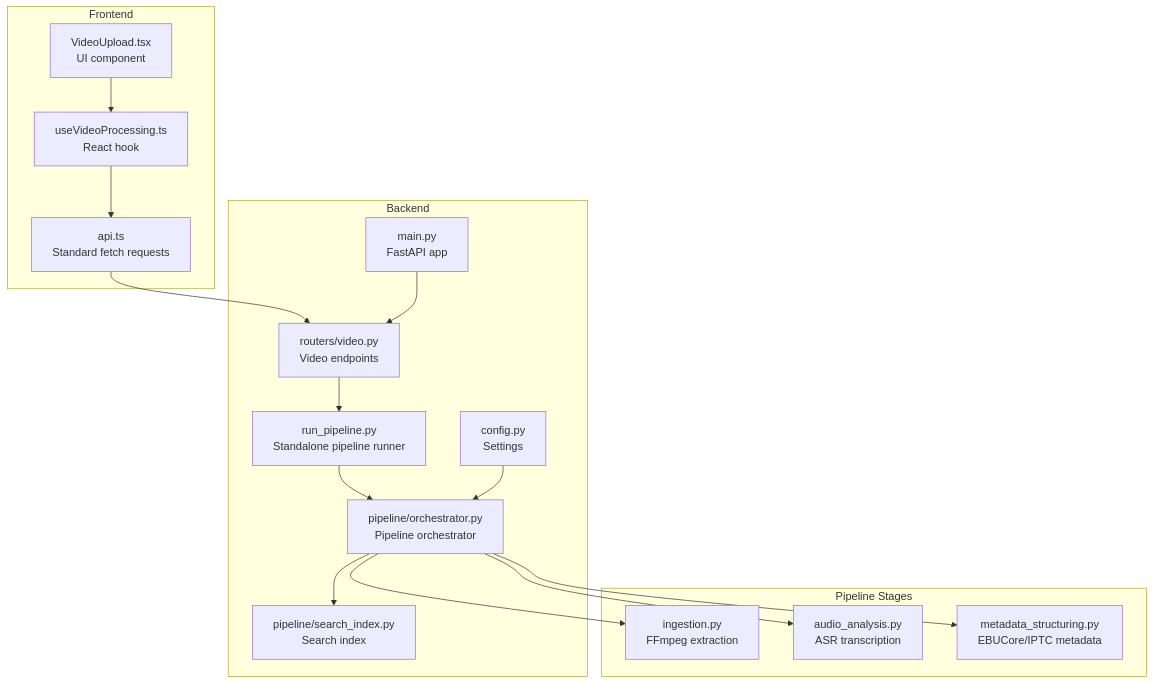
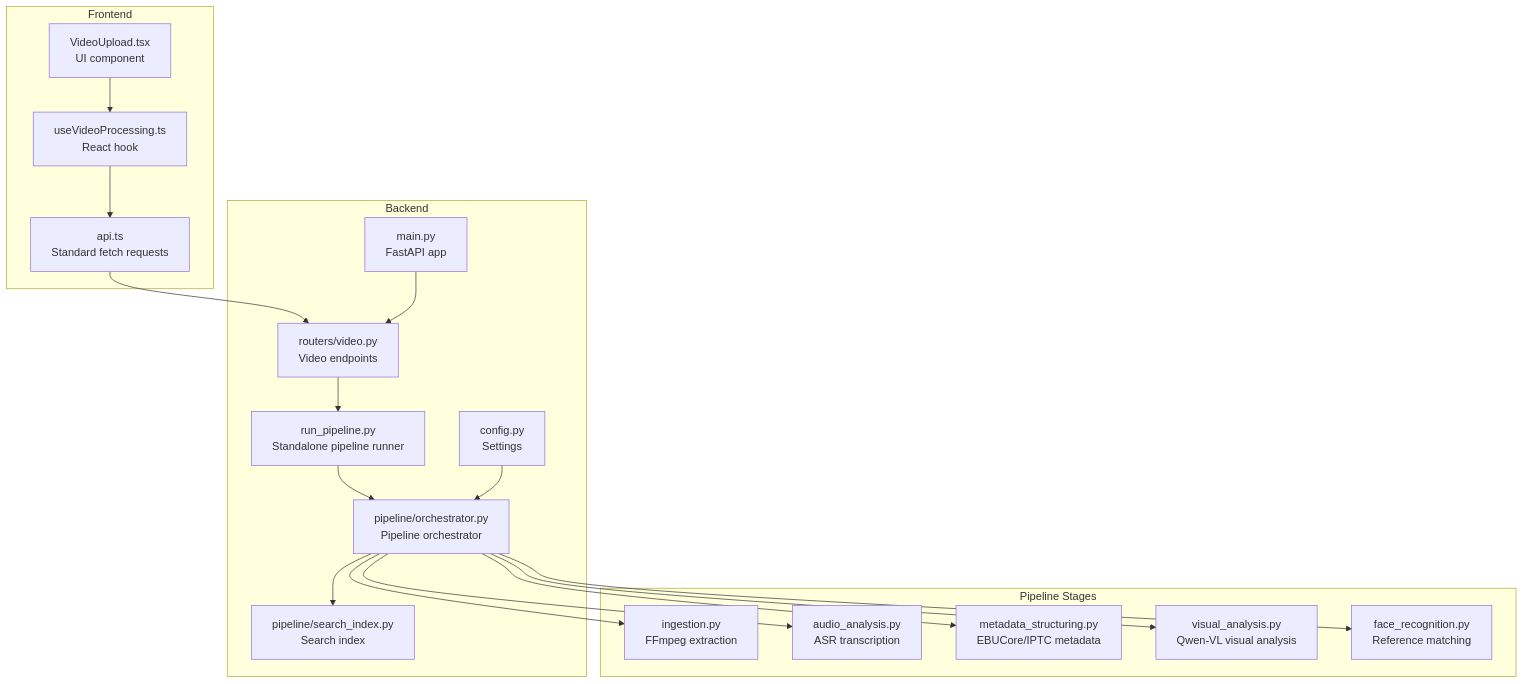
Before and after one commit to alexandreybasta-cyber/dubai-media-ai: the first of 3 diagrams in .qoder/repowiki/en/content/Backend API Reference/Video Processing Endpoints.md, drawn with Mermaid. The commit also changed other lines of this file and 21 other files, not shown here.

````diff
--- a/.qoder/repowiki/en/content/Backend API Reference/Video Processing Endpoints.md
+++ b/.qoder/repowiki/en/content/Backend API Reference/Video Processing Endpoints.md
@@ -58,32 +63,36 @@
 ```mermaid
 graph TB
 subgraph "Frontend"
 FE_API["api.ts<br/>Standard fetch requests"]
 FE_HOOK["useVideoProcessing.ts<br/>React hook"]
 FE_UPLOAD["VideoUpload.tsx<br/>UI component"]
 end
 subgraph "Backend"
 MAIN["main.py<br/>FastAPI app"]
 ROUTER["routers/video.py<br/>Video endpoints"]
 RUNNER["run_pipeline.py<br/>Standalone pipeline runner"]
 ORCH["pipeline/orchestrator.py<br/>Pipeline orchestrator"]
 CFG["config.py<br/>Settings"]
 SI["pipeline/search_index.py<br/>Search index"]
 end
 subgraph "Pipeline Stages"
 ING["ingestion.py<br/>FFmpeg extraction"]
 AUD["audio_analysis.py<br/>ASR transcription"]
 META["metadata_structuring.py<br/>EBUCore/IPTC metadata"]
+VIS["visual_analysis.py<br/>Qwen-VL visual analysis"]
+FACE["face_recognition.py<br/>Reference matching"]
 end
 FE_API --> ROUTER
 FE_HOOK --> FE_API
 FE_UPLOAD --> FE_HOOK
 MAIN --> ROUTER
 ROUTER --> RUNNER
 RUNNER --> ORCH
 ORCH --> ING
+ORCH --> VIS
 ORCH --> AUD
+ORCH --> FACE
 ORCH --> META
 ORCH --> SI
 CFG --> ORCH
 ```
````
